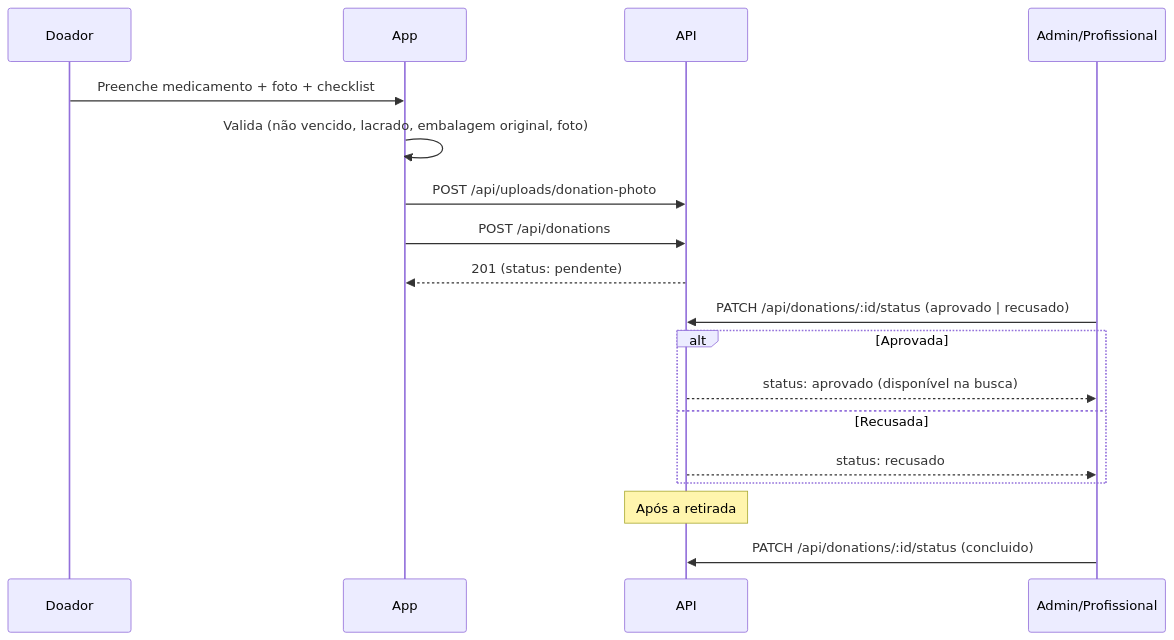
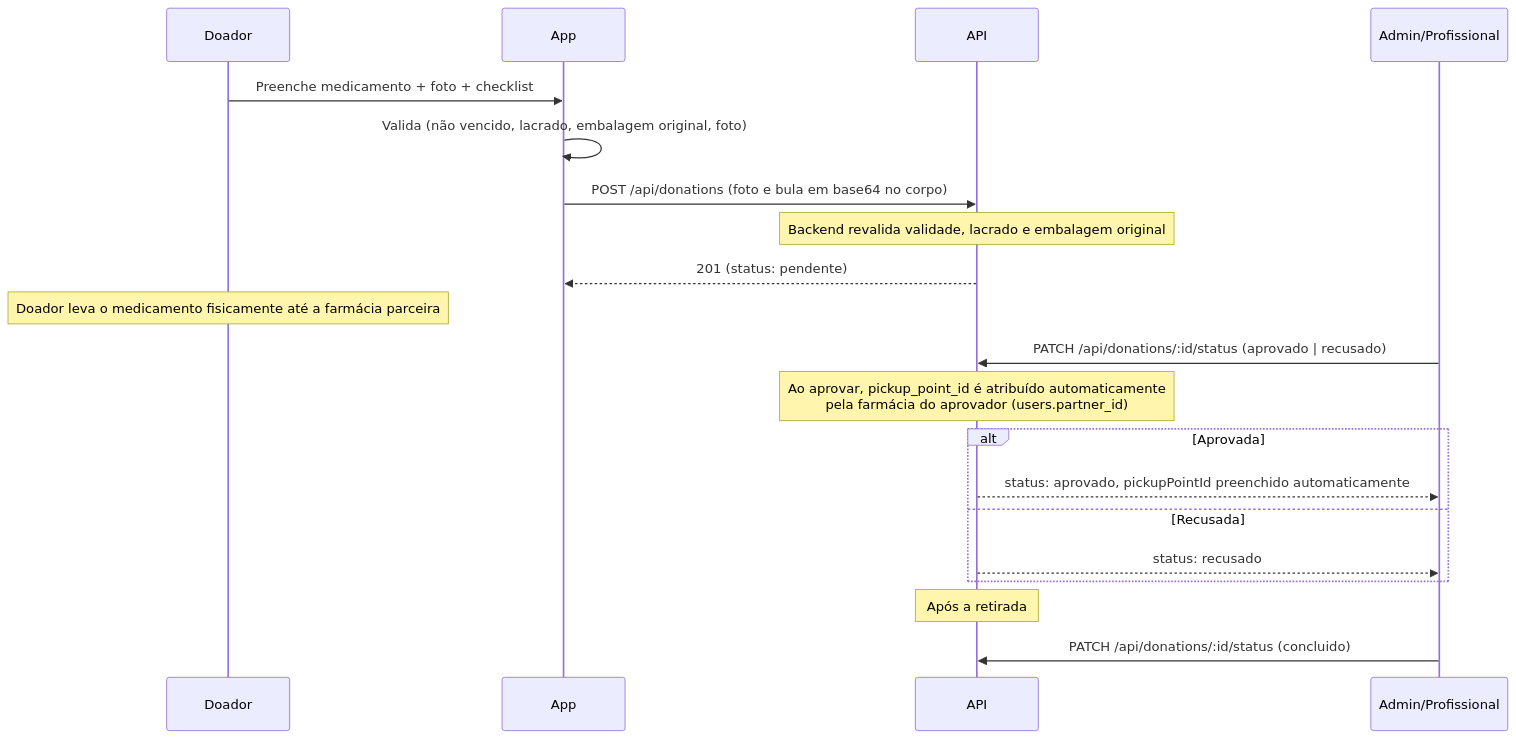
One commit to MartinsALaura/med-link-backend changed the second of 4 diagrams in docs/fluxos.md. Above: the diagram before and after it, drawn with Mermaid. The commit also changed other lines of this file and 49 other files, not shown here.

````diff
--- a/docs/fluxos.md
+++ b/docs/fluxos.md
@@ -30,23 +29,25 @@
 ```mermaid
 sequenceDiagram
     participant Doador
     participant App
     participant API
     participant Admin as Admin/Profissional
 
     Doador->>App: Preenche medicamento + foto + checklist
     App->>App: Valida (não vencido, lacrado, embalagem original, foto)
-    App->>API: POST /api/uploads/donation-photo
-    App->>API: POST /api/donations
+    App->>API: POST /api/donations (foto e bula em base64 no corpo)
+    Note over API: Backend revalida validade, lacrado e embalagem original
     API-->>App: 201 (status: pendente)
 
+    Note over Doador: Doador leva o medicamento fisicamente até a farmácia parceira
     Admin->>API: PATCH /api/donations/:id/status (aprovado | recusado)
+    Note over API: Ao aprovar, pickup_point_id é atribuído automaticamente<br/>pela farmácia do aprovador (users.partner_id)
     alt Aprovada
-        API-->>Admin: status: aprovado (disponível na busca)
+        API-->>Admin: status: aprovado, pickupPointId preenchido automaticamente
     else Recusada
         API-->>Admin: status: recusado
     end
 
     Note over API: Após a retirada
     Admin->>API: PATCH /api/donations/:id/status (concluido)
 ```
````
